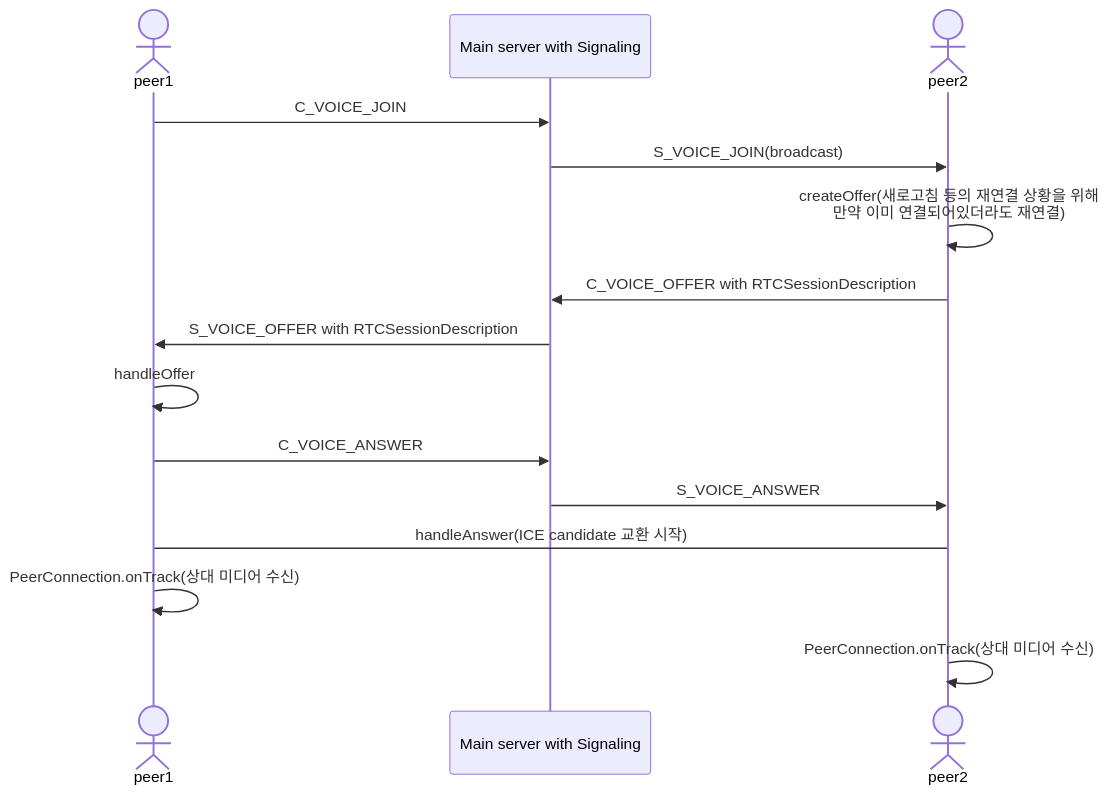
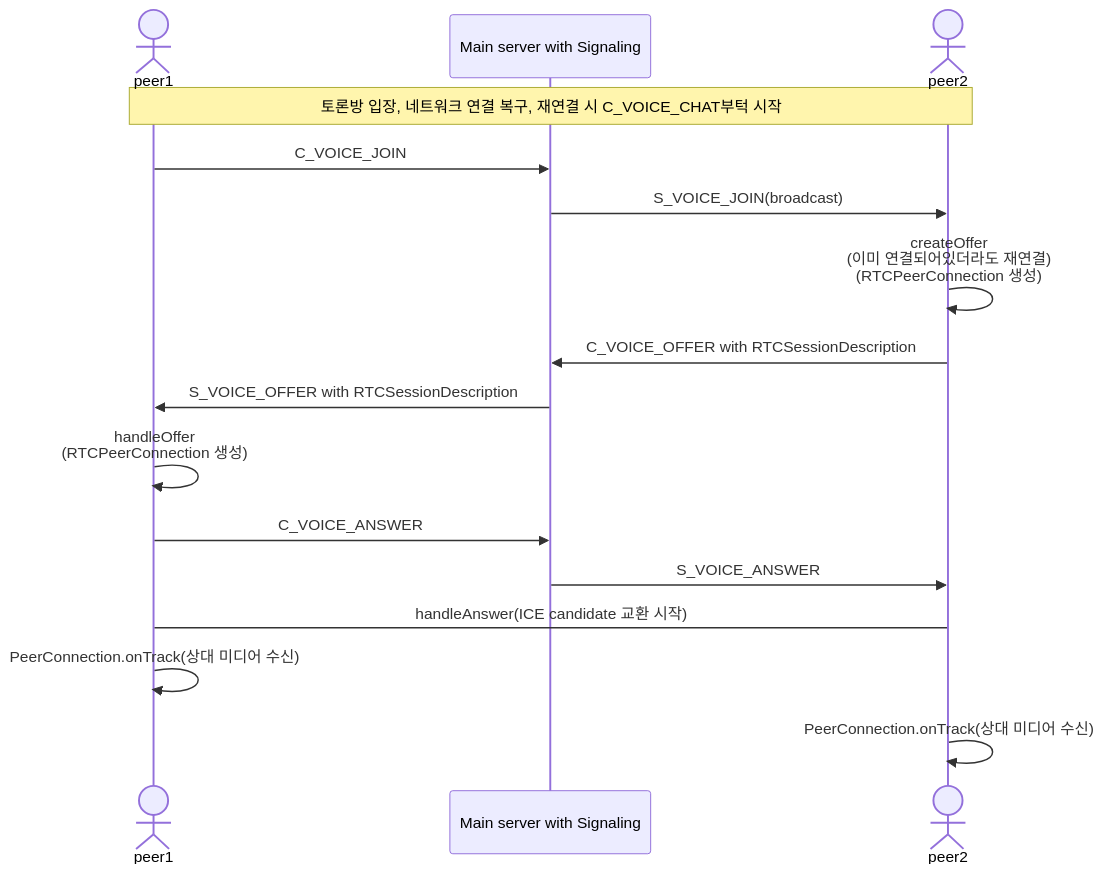
Before and after one commit to hjch0211/book-talk: the diagram in README.md, drawn with Mermaid. The commit also changed 3 other files, not shown here.

Commit message:
feat: add retry strategy in WebRTC connection flow

````diff
--- a/README.md
+++ b/README.md
@@ -61,18 +61,19 @@
 ```mermaid
 sequenceDiagram
 	actor p1 as peer1
 	participant s as Main server with Signaling
 	actor p2 as peer2
 	
+	note over p1, p2: 토론방 입장, 네트워크 연결 복구, 재연결 시 C_VOICE_CHAT부턱 시작
 	p1->>s: C_VOICE_JOIN
 	s->>p2: S_VOICE_JOIN(broadcast)
-	p2->>p2: createOffer(새로고침 등의 재연결 상황을 위해<br/>만약 이미 연결되어있더라도 재연결)
+	p2->>p2: createOffer<br/>(이미 연결되어있더라도 재연결)<br/>(RTCPeerConnection 생성)
 	p2->>s: C_VOICE_OFFER with RTCSessionDescription
 	s->>p1: S_VOICE_OFFER with RTCSessionDescription
-	p1->>p1: handleOffer
+	p1->>p1: handleOffer<br/>(RTCPeerConnection 생성)
 	p1->>s: C_VOICE_ANSWER
 	s->>p2: S_VOICE_ANSWER
 	p1->p2: handleAnswer(ICE candidate 교환 시작)
 	p1->>p1: PeerConnection.onTrack(상대 미디어 수신)
 	p2->>p2: PeerConnection.onTrack(상대 미디어 수신)
 ```
````
